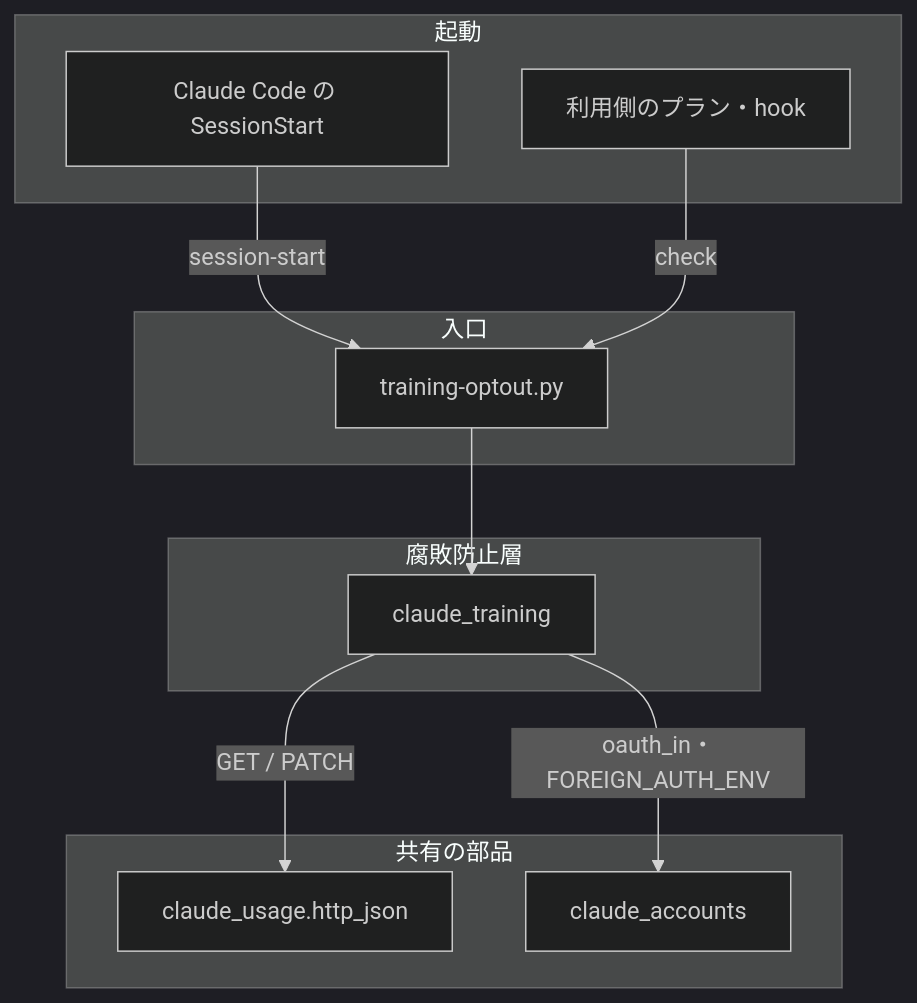
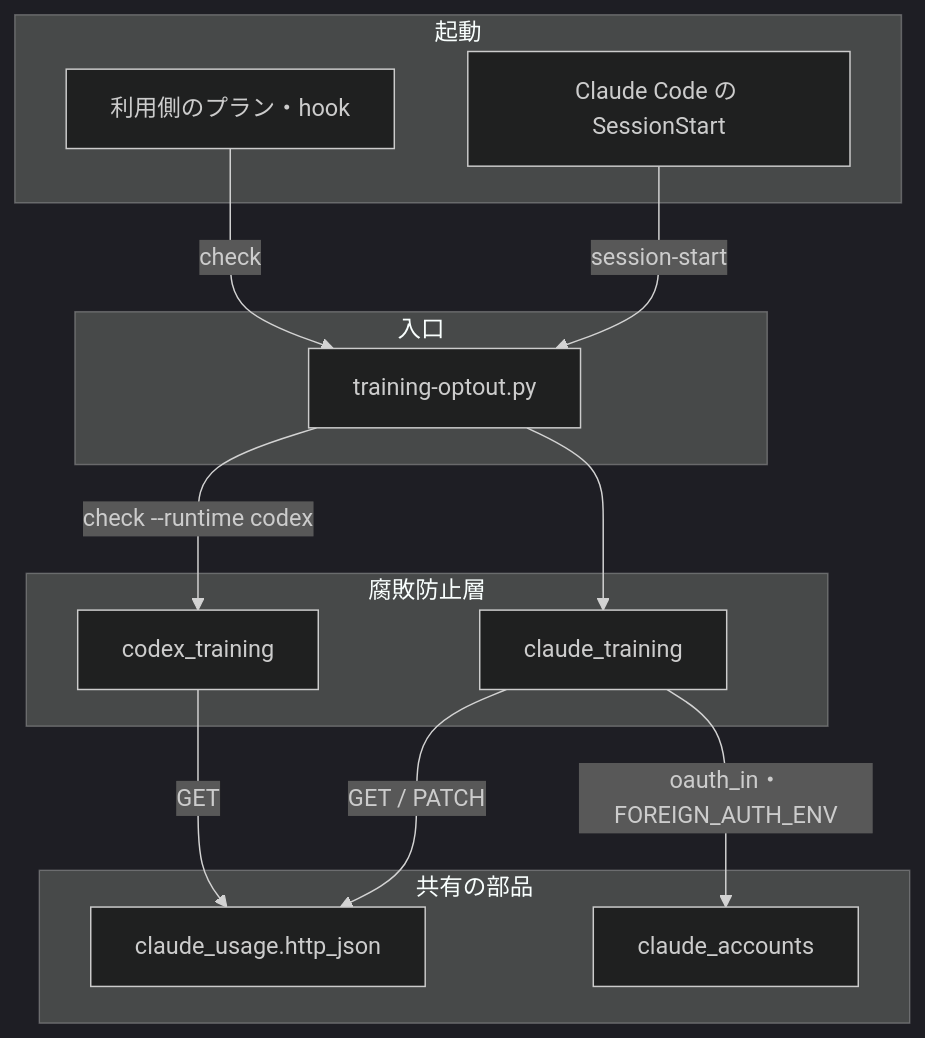
One commit to devbasex/ai-plugins changed the first of 4 diagrams in issues/issue-1597-design.md. Above: the diagram before and after it, drawn with Mermaid (dark theme). The commit also changed other lines of this file and 4 other files, not shown here.

````diff
--- a/issues/issue-1597-design.md
+++ b/issues/issue-1597-design.md
@@ -115,22 +130,25 @@
 ```mermaid
 graph TD
     subgraph 起動
         CC[Claude Code の SessionStart]
         USER[利用側のプラン・hook]
     end
     subgraph 入口
         EP[training-optout.py]
     end
     subgraph 腐敗防止層
         CT[claude_training]
+        XT[codex_training]
     end
     subgraph 共有の部品
         CU[claude_usage.http_json]
         CA[claude_accounts]
     end
     CC -->|session-start| EP
     USER -->|check| EP
     EP --> CT
     CT -->|GET / PATCH| CU
     CT -->|oauth_in・FOREIGN_AUTH_ENV| CA
+    EP -->|check --runtime codex| XT
+    XT -->|GET| CU
 ```
````
